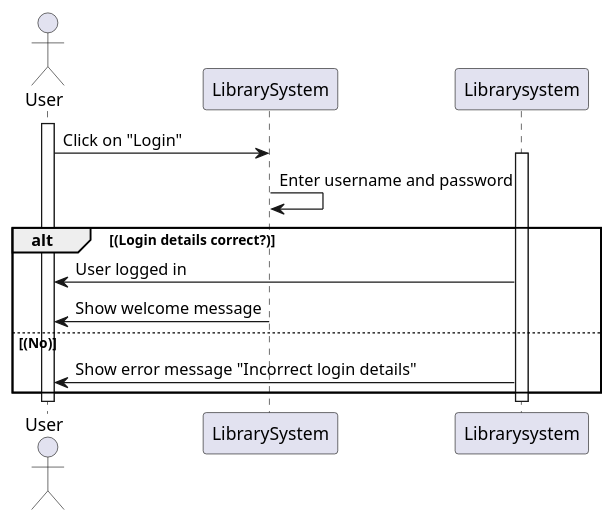
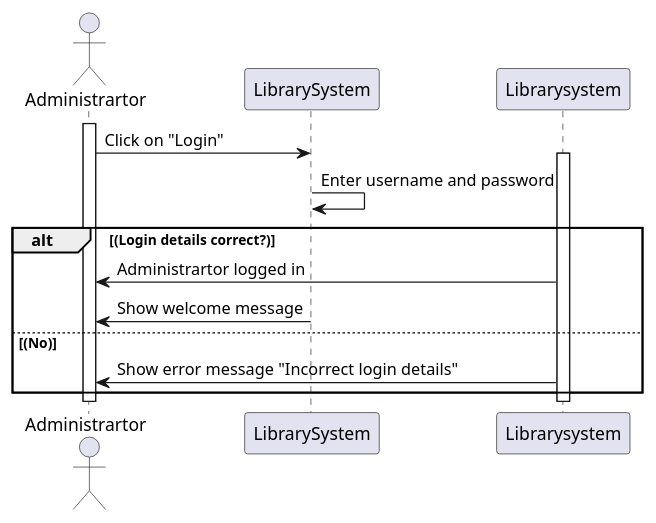
One commit to JananJavdan/BibliotheekSysteem changed the diagram in src/main/java/AnalyseLibrarySystem/SequenceUseCases/Customerservice/Loggin.puml. Above: the diagram before and after it, drawn with PlantUML. The commit also changed 17 other files, not shown here.

```diff
--- a/src/main/java/AnalyseLibrarySystem/SequenceUseCases/Customerservice/Loggin.puml
+++ b/src/main/java/AnalyseLibrarySystem/SequenceUseCases/Customerservice/Loggin.puml
@@ -1,19 +1,19 @@
 @startuml
-actor User
+actor Administrartor
 participant "LibrarySystem" as LibrarySystem
 
-activate User
-User -> LibrarySystem: Click on "Login"
+activate Administrartor
+Administrartor -> LibrarySystem: Click on "Login"
 activate Librarysystem
 
 LibrarySystem -> LibrarySystem: Enter username and password
      alt (Login details correct?)
-     Librarysystem -> User: User logged in
-     LibrarySystem -> User: Show welcome message
+     Librarysystem -> Administrartor: Administrartor logged in
+     LibrarySystem -> Administrartor: Show welcome message
 else (No)
-     Librarysystem -> User: Show error message "Incorrect login details"
+     Librarysystem -> Administrartor: Show error message "Incorrect login details"
 end
 
 deactivate Librarysystem
-deactivate User
+deactivate Administrartor
 @enduml
```
